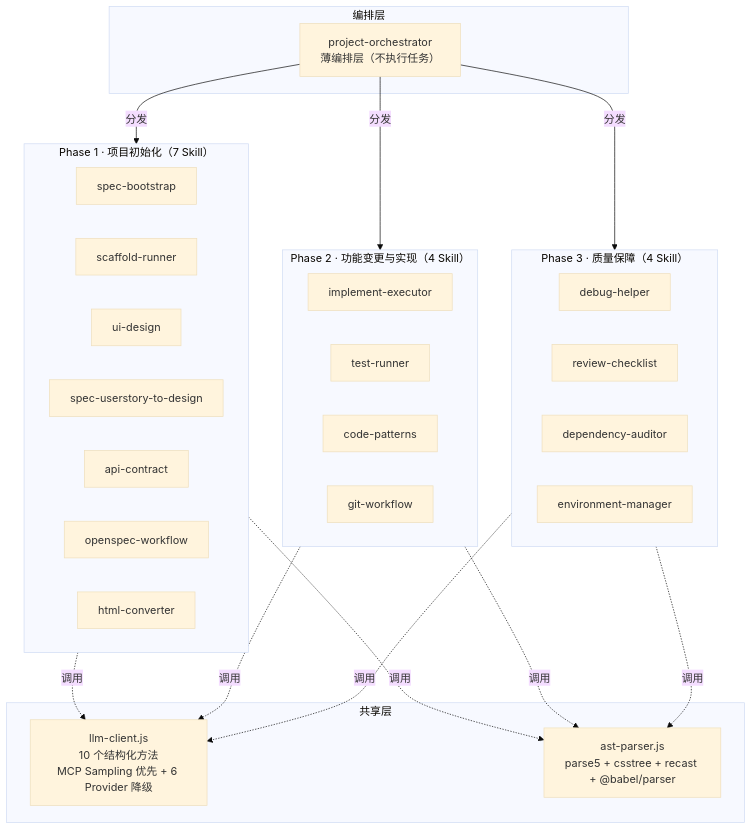
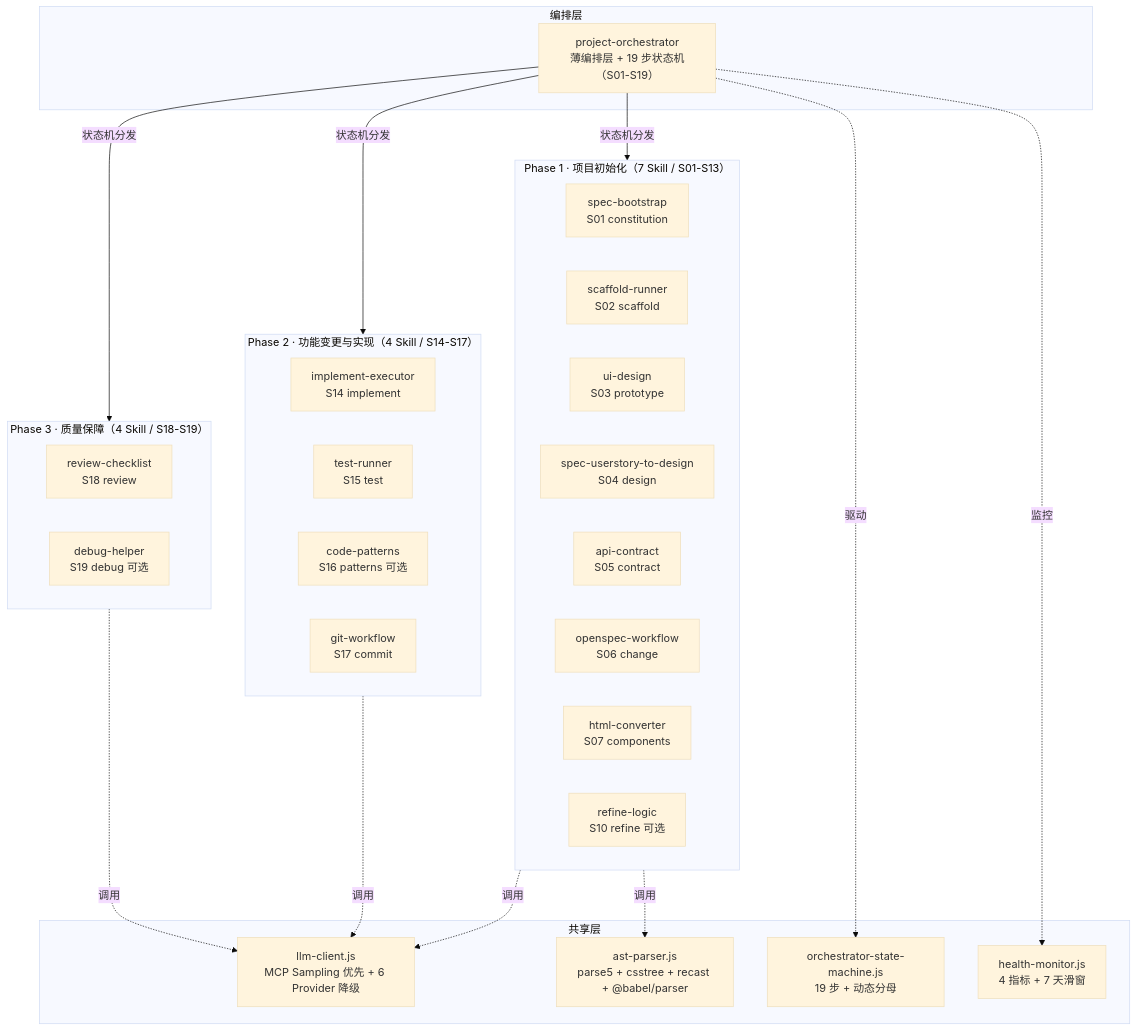
Before and after one commit to LikeSimple/project-orchestrator-bundle: the diagram in README.md, drawn with Mermaid (base theme). The commit also changed other lines of this file and 5 other files, not shown here.

First line of the commit message:
docs: sync README/SKILL/maturity-report to v10 (19-step state machine + 32 MCP tools + 93.4%)

````diff
--- a/README.md
+++ b/README.md
@@ -432,46 +478,47 @@
 ```mermaid
 graph TB
     subgraph 编排层
-        ORC["project-orchestrator<br/>薄编排层（不执行任务）"]
+        ORC["project-orchestrator<br/>薄编排层 + 19 步状态机（S01-S19）"]
     end
 
-    subgraph P1["Phase 1 · 项目初始化（7 Skill）"]
-        S1[spec-bootstrap]
-        S2[scaffold-runner]
-        S3[ui-design]
-        S4[spec-userstory-to-design]
-        S5[api-contract]
-        S6[openspec-workflow]
-        S7[html-converter]
+    subgraph P1["Phase 1 · 项目初始化（7 Skill / S01-S13）"]
+        S01[spec-bootstrap<br/>S01 constitution]
+        S02[scaffold-runner<br/>S02 scaffold]
+        S03[ui-design<br/>S03 prototype]
+        S04[spec-userstory-to-design<br/>S04 design]
+        S05[api-contract<br/>S05 contract]
+        S06[openspec-workflow<br/>S06 change]
+        S07[html-converter<br/>S07 components]
+        S10[refine-logic<br/>S10 refine 可选]
     end
 
-    subgraph P2["Phase 2 · 功能变更与实现（4 Skill）"]
-        S8[implement-executor]
-        S9[test-runner]
-        S10[code-patterns]
-        S11[git-workflow]
+    subgraph P2["Phase 2 · 功能变更与实现（4 Skill / S14-S17）"]
+        S14[implement-executor<br/>S14 implement]
+        S15[test-runner<br/>S15 test]
+        S16[code-patterns<br/>S16 patterns 可选]
+        S17[git-workflow<br/>S17 commit]
     end
 
-    subgraph P3["Phase 3 · 质量保障（4 Skill）"]
-        S12[debug-helper]
-        S13[review-checklist]
-        S14[dependency-auditor]
-        S15[environment-manager]
+    subgraph P3["Phase 3 · 质量保障（4 Skill / S18-S19）"]
+        S18[review-checklist<br/>S18 review]
+        S19[debug-helper<br/>S19 debug 可选]
     end
 
-    ORC -->|分发| P1
-    ORC -->|分发| P2
-    ORC -->|分发| P3
+    ORC -->|状态机分发| P1
+    ORC -->|状态机分发| P2
+    ORC -->|状态机分发| P3
 
     subgraph 共享层
-        LLM["llm-client.js<br/>10 个结构化方法<br/>MCP Sampling 优先 + 6 Provider 降级"]
+        LLM["llm-client.js<br/>MCP Sampling 优先 + 6 Provider 降级"]
         AST["ast-parser.js<br/>parse5 + csstree + recast + @babel/parser"]
+        SM["orchestrator-state-machine.js<br/>19 步 + 动态分母"]
+        HM["health-monitor.js<br/>4 指标 + 7 天滑窗"]
     end
 
     P1 -.->|调用| LLM
     P2 -.->|调用| LLM
     P3 -.->|调用| LLM
     P1 -.->|调用| AST
-    P2 -.->|调用| AST
-    P3 -.->|调用| AST
+    ORC -.->|驱动| SM
+    ORC -.->|监控| HM
 ```
````
